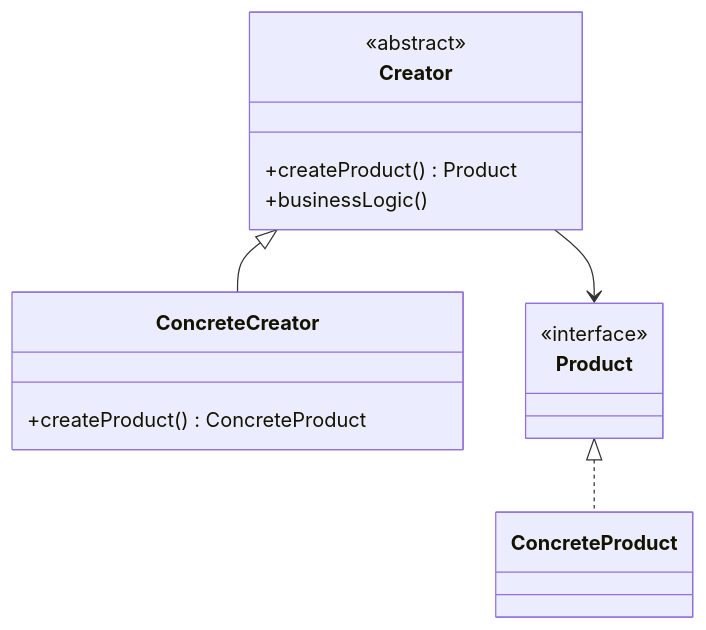
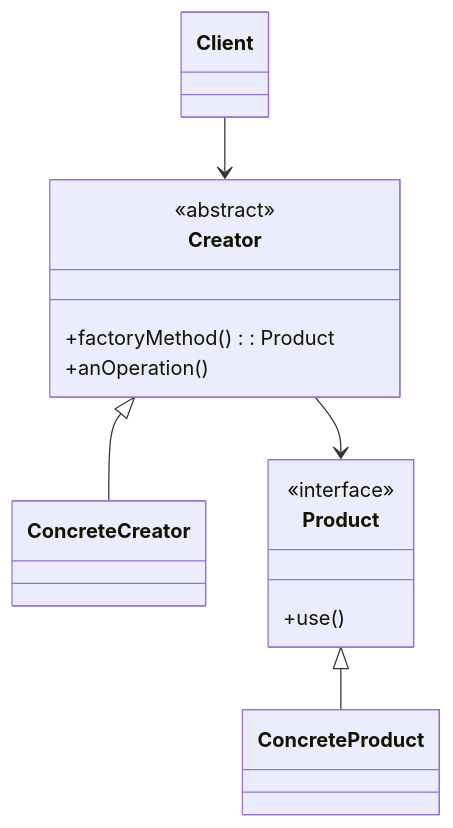
The first of 2 diagrams in factory-method/README.md (SaumilP/design-patterns), drawn with Mermaid before and after one commit. The commit also changed other lines of this file and 34 other files, not shown here.

Commit message:
Added class and sequence diagrams

````diff
--- a/factory-method/README.md
+++ b/factory-method/README.md
@@ -87,18 +87,19 @@
 ```mermaid
 classDiagram
+    class Client
     class Creator {
         <<abstract>>
-        +createProduct() Product
-        +businessLogic()
+        +factoryMethod(): Product
+        +anOperation()
     }
-    class ConcreteCreator {
-        +createProduct() ConcreteProduct
-    }
+    class ConcreteCreator
     class Product {
         <<interface>>
+        +use()
     }
     class ConcreteProduct
+    Client --> Creator
     Creator <|-- ConcreteCreator
-    Product <|.. ConcreteProduct
+    Product <|-- ConcreteProduct
     Creator --> Product
 ```
````
